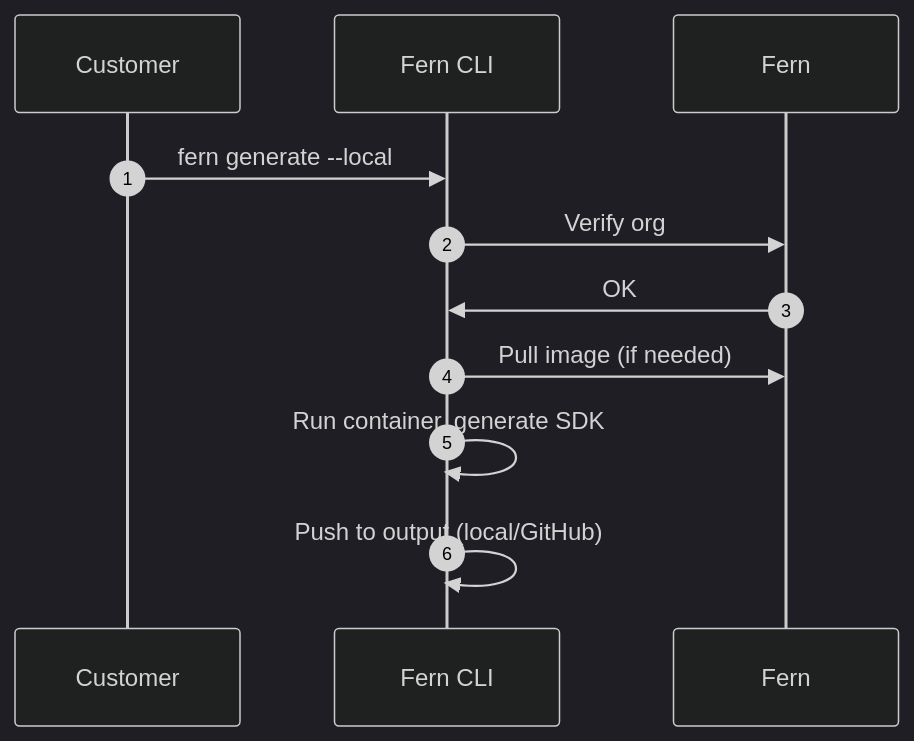
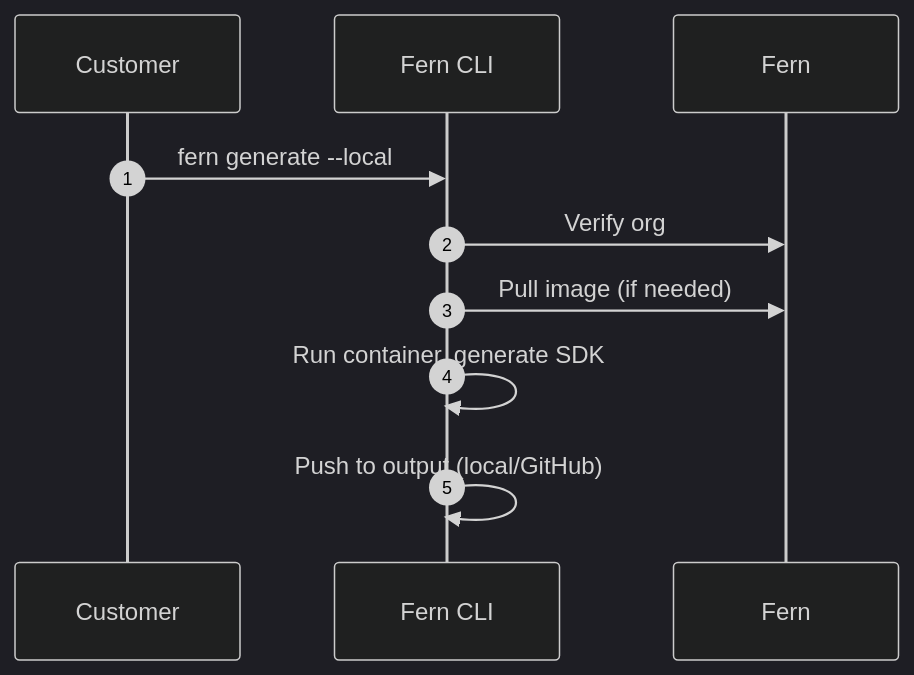
Before and after one commit to fern-api/docs: the diagram in fern/products/sdks/guides/self-hosted.mdx, drawn with Mermaid (dark theme). The commit also changed other lines of this file and 2 other files, not shown here.

````diff
--- a/fern/products/sdks/guides/self-hosted.mdx
+++ b/fern/products/sdks/guides/self-hosted.mdx
@@ -34,13 +147,12 @@
 ```mermaid
 sequenceDiagram
     autonumber
     participant C as Customer
     participant CLI as Fern CLI
     participant F as Fern
     C->>CLI: fern generate --local
     CLI->>F: Verify org
-    F->>CLI: OK
     CLI->>F: Pull image (if needed)
     CLI->>CLI: Run container, generate SDK
     CLI->>CLI: Push to output (local/GitHub)
 ```
````
